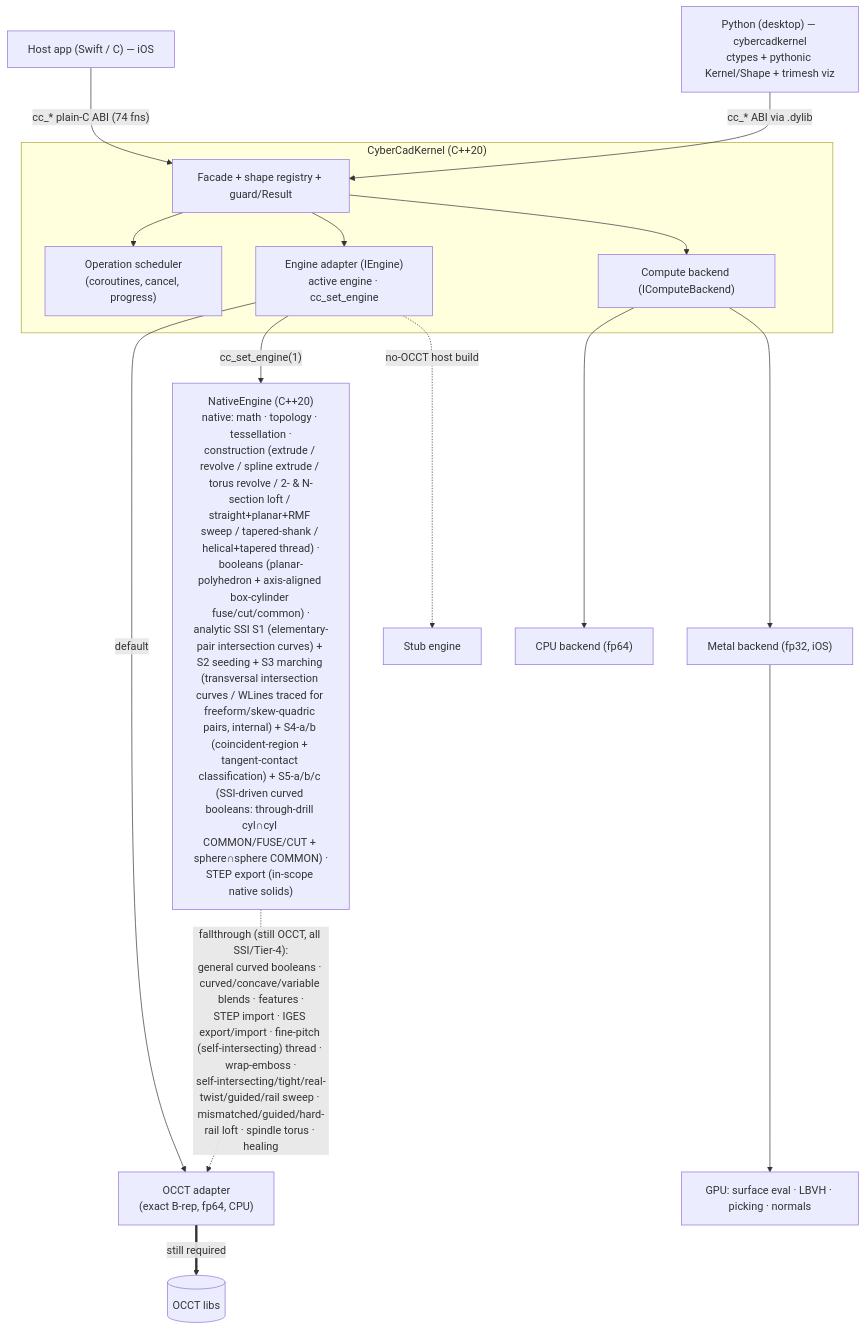
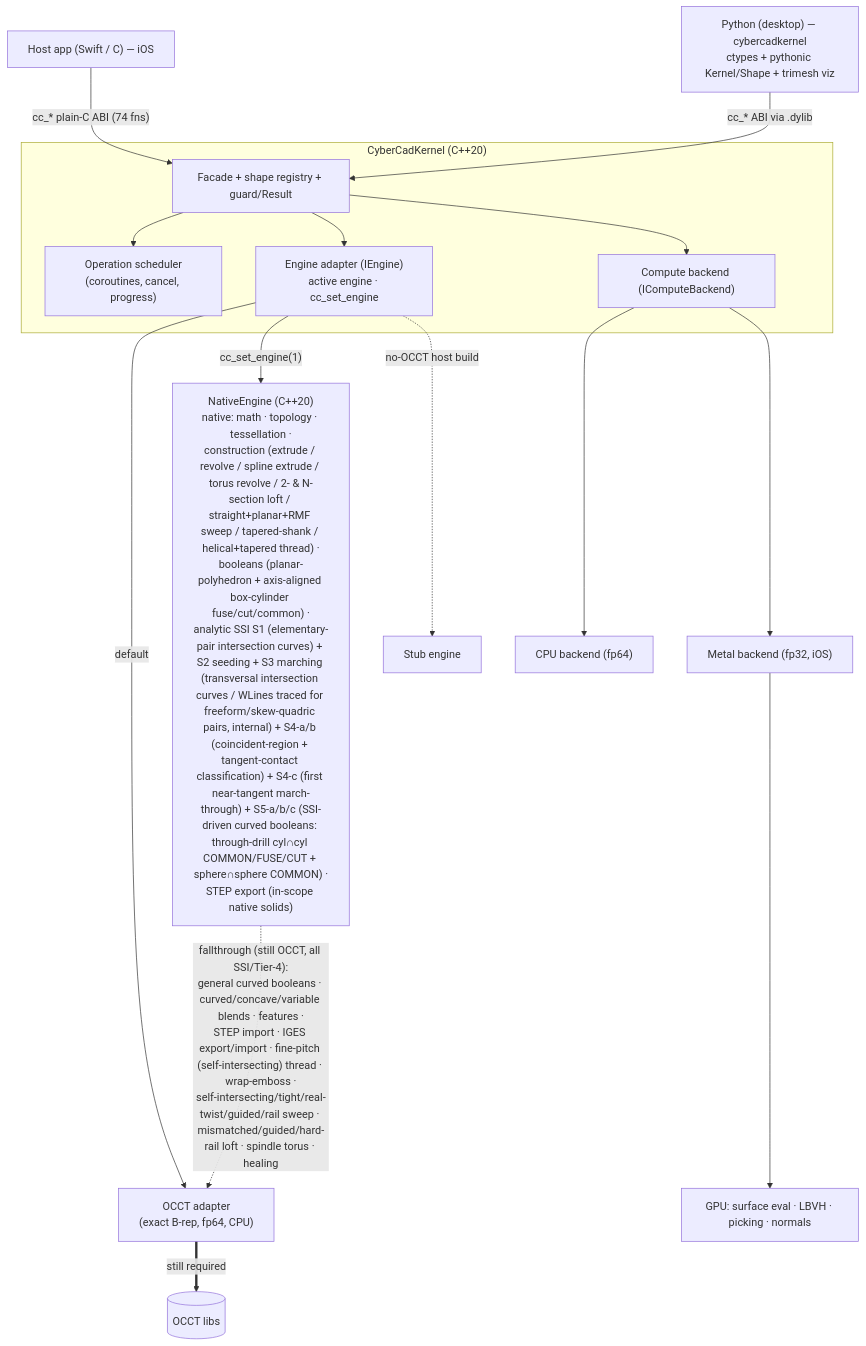
The diagram in README.md (CyberdyneCorp/CyberCadKernel), drawn with Mermaid before and after one commit. The commit also changed other lines of this file and 15 other files, not shown here.

````diff
--- a/README.md
+++ b/README.md
@@ -33,27 +33,27 @@
 ```mermaid
 flowchart TD
     App["Host app (Swift / C) — iOS"] -->|"cc_* plain-C ABI (74 fns)"| Facade
     Py["Python (desktop) — cybercadkernel<br/>ctypes + pythonic Kernel/Shape + trimesh viz"] -->|"cc_* ABI via .dylib"| Facade
 
     subgraph Kernel["CyberCadKernel (C++20)"]
         Facade["Facade + shape registry + guard/Result"]
         Sched["Operation scheduler<br/>(coroutines, cancel, progress)"]
         Engine["Engine adapter (IEngine)<br/>active engine · cc_set_engine"]
         Compute["Compute backend (IComputeBackend)"]
 
         Facade --> Sched
         Facade --> Engine
         Facade --> Compute
     end
 
     Engine -->|"default"| OCCT["OCCT adapter<br/>(exact B-rep, fp64, CPU)"]
-    Engine -->|"cc_set_engine(1)"| Native["NativeEngine (C++20)<br/>native: math · topology · tessellation ·<br/>construction (extrude / revolve / spline extrude / torus revolve / 2- &amp; N-section loft / straight+planar+RMF sweep / tapered-shank / helical+tapered thread) ·<br/>booleans (planar-polyhedron + axis-aligned box-cylinder fuse/cut/common) ·<br/>analytic SSI S1 (elementary-pair intersection curves) + S2 seeding + S3 marching (transversal intersection curves / WLines traced for freeform/skew-quadric pairs, internal) + S4-a/b (coincident-region + tangent-contact classification) + S5-a/b/c (SSI-driven curved booleans: through-drill cyl∩cyl COMMON/FUSE/CUT + sphere∩sphere COMMON) ·<br/>STEP export (in-scope native solids)"]
+    Engine -->|"cc_set_engine(1)"| Native["NativeEngine (C++20)<br/>native: math · topology · tessellation ·<br/>construction (extrude / revolve / spline extrude / torus revolve / 2- &amp; N-section loft / straight+planar+RMF sweep / tapered-shank / helical+tapered thread) ·<br/>booleans (planar-polyhedron + axis-aligned box-cylinder fuse/cut/common) ·<br/>analytic SSI S1 (elementary-pair intersection curves) + S2 seeding + S3 marching (transversal intersection curves / WLines traced for freeform/skew-quadric pairs, internal) + S4-a/b (coincident-region + tangent-contact classification) + S4-c (first near-tangent march-through) + S5-a/b/c (SSI-driven curved booleans: through-drill cyl∩cyl COMMON/FUSE/CUT + sphere∩sphere COMMON) ·<br/>STEP export (in-scope native solids)"]
     Engine -.->|"no-OCCT host build"| Stub["Stub engine"]
 
     Native -.->|"fallthrough (still OCCT, all SSI/Tier-4):<br/>general curved booleans · curved/concave/variable blends · features ·<br/>STEP import · IGES export/import · fine-pitch (self-intersecting) thread · wrap-emboss ·<br/>self-intersecting/tight/real-twist/guided/rail sweep · mismatched/guided/hard-rail loft · spindle torus · healing"| OCCT
     OCCT ==>|"still required"| OCCTlib[("OCCT libs")]
 
     Compute --> CPUb["CPU backend (fp64)"]
     Compute --> Metal["Metal backend (fp32, iOS)"]
     Metal --> GPU["GPU: surface eval · LBVH · picking · normals"]
 ```
````
